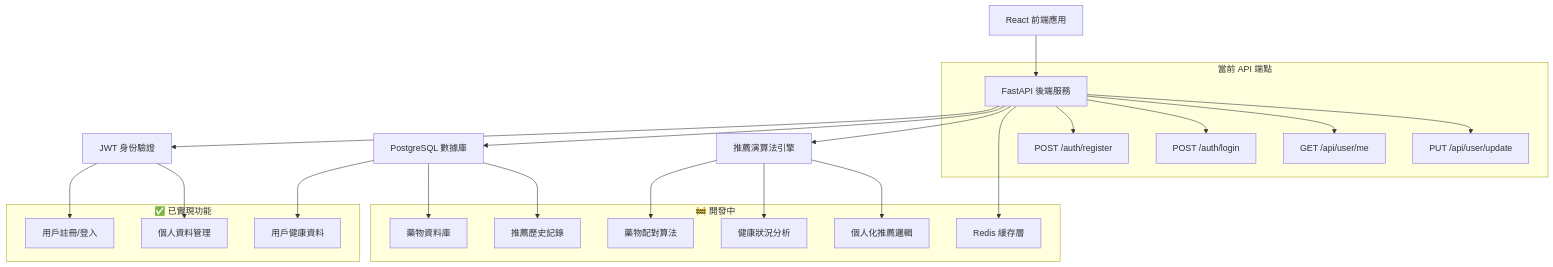
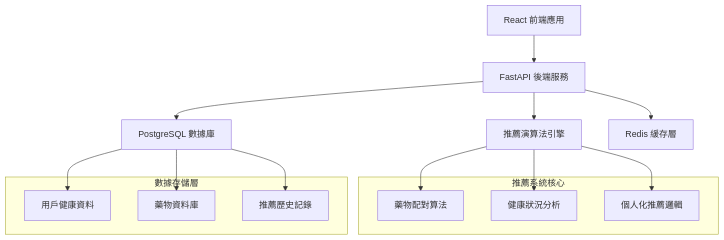
Before and after one commit to mato1321/Healixir: the diagram in README_CN.md, drawn with Mermaid. The commit also changed other lines of this file, not shown here.

````diff
--- a/README_CN.md
+++ b/README_CN.md
@@ -61,41 +59,27 @@
 ```mermaid
 graph TD
     A[React 前端應用] --> B[FastAPI 後端服務]
-    B --> C[JWT 身份驗證]
+    B --> C[推薦演算法引擎]
     B --> D[PostgreSQL 數據庫]
-    B --> E[推薦演算法引擎]
-    B --> F[Redis 緩存層]
+    B --> E[Redis 緩存層]
     
-    C --> G[用戶註冊/登入]
-    C --> H[個人資料管理]
+    C --> F[藥物配對算法]
+    C --> G[健康狀況分析]
+    C --> H[個人化推薦邏輯]
     
     D --> I[用戶健康資料]
     D --> J[藥物資料庫]
     D --> K[推薦歷史記錄]
     
-    E --> L[藥物配對算法]
-    E --> M[健康狀況分析]
-    E --> N[個人化推薦邏輯]
-    
-    subgraph "✅ 已實現功能"
-        G
+    subgraph "推薦系統核心"
+        F
+        G  
         H
-        I
     end
     
-    subgraph "🚧 開發中"
-        L
-        M
-        N
+    subgraph "數據存儲層"
+        I
         J
         K
-        F
-    end
-    
-    subgraph "當前 API 端點"
-        B --> B1[POST /auth/register]
-        B --> B2[POST /auth/login]
-        B --> B3[GET /api/user/me]
-        B --> B4[PUT /api/user/update]
     end
 ```
````
